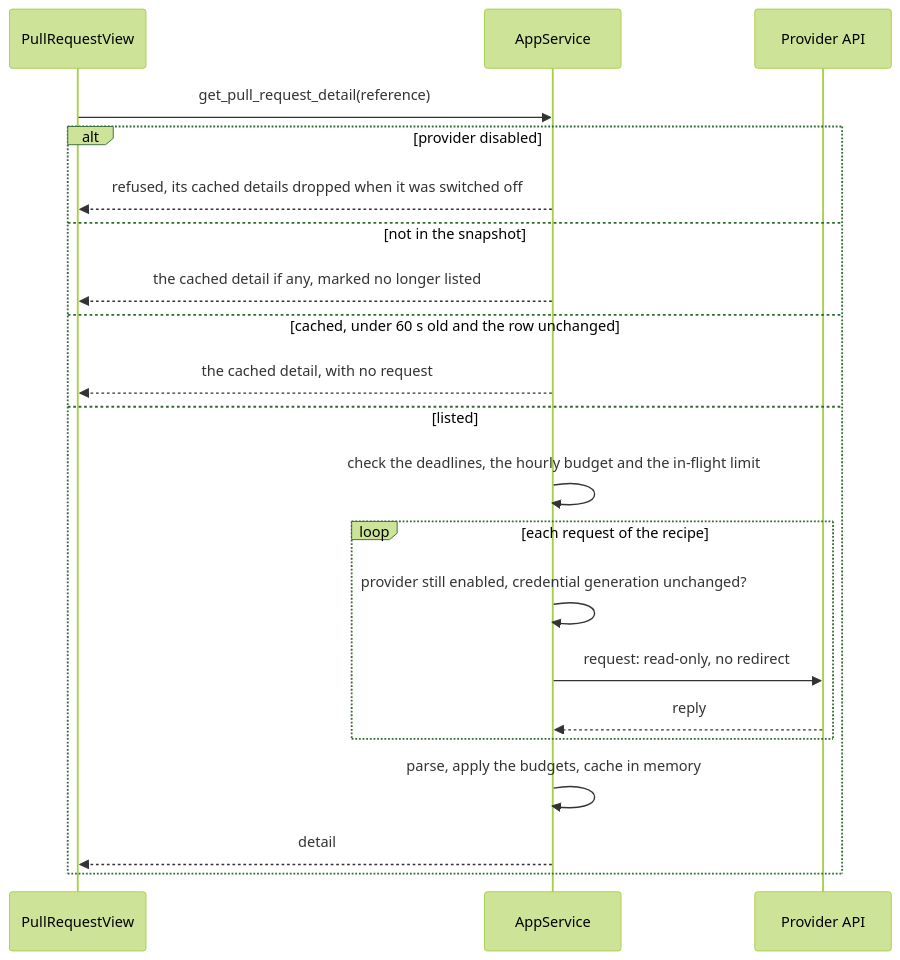
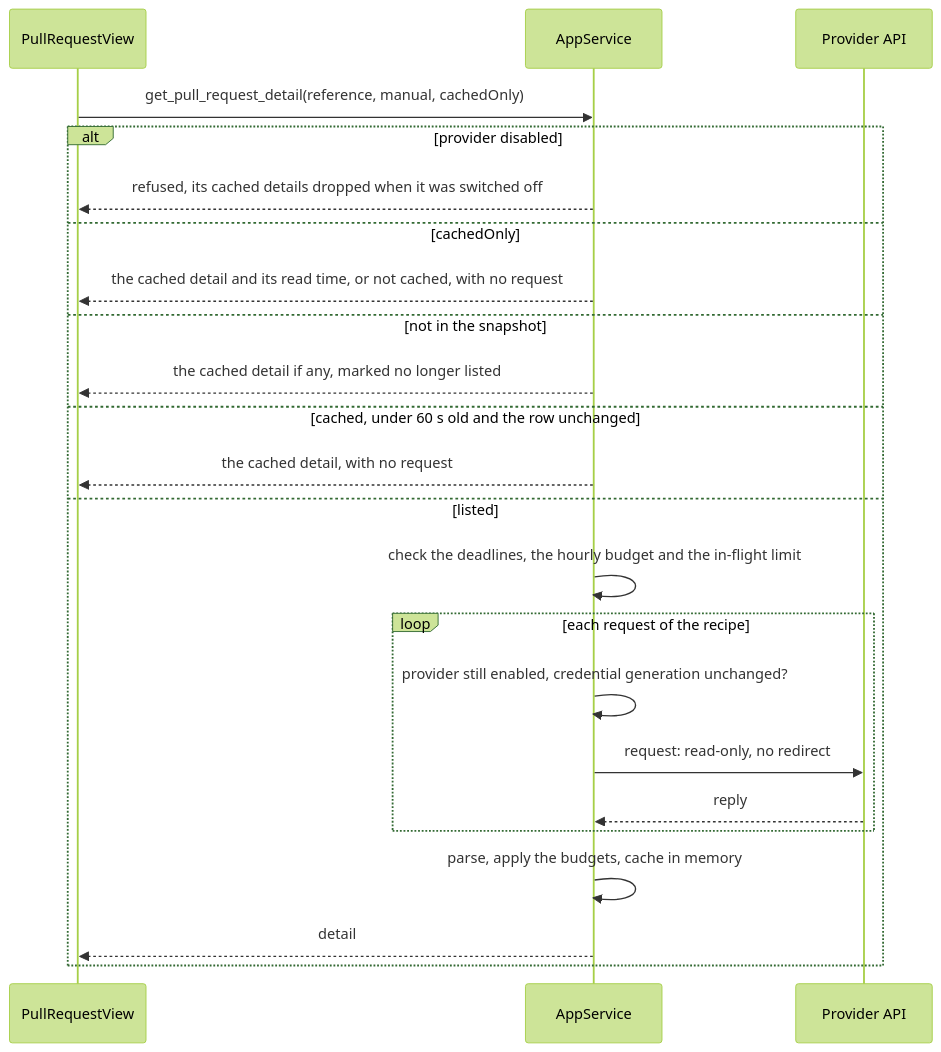
Before and after one commit to avantmedialtd/specforge: the third of 5 diagrams in openspec/changes/pull-request-viewer/design.md, drawn with Mermaid (forest theme). The commit also changed other lines of this file and 11 other files, not shown here.

````diff
--- a/openspec/changes/pull-request-viewer/design.md
+++ b/openspec/changes/pull-request-viewer/design.md
@@ -249,23 +249,25 @@
 ```mermaid
 sequenceDiagram
   participant V as PullRequestView
   participant S as AppService
   participant P as Provider API
-  V->>S: get_pull_request_detail(reference)
+  V->>S: get_pull_request_detail(reference, manual, cachedOnly)
   alt provider disabled
     S-->>V: refused, its cached details dropped when it was switched off
+  else cachedOnly
+    S-->>V: the cached detail and its read time, or not cached, with no request
   else not in the snapshot
     S-->>V: the cached detail if any, marked no longer listed
   else cached, under 60 s old and the row unchanged
     S-->>V: the cached detail, with no request
   else listed
     S->>S: check the deadlines, the hourly budget and the in-flight limit
     loop each request of the recipe
       S->>S: provider still enabled, credential generation unchanged?
       S->>P: request: read-only, no redirect
       P-->>S: reply
     end
     S->>S: parse, apply the budgets, cache in memory
     S-->>V: detail
   end
 ```
````
